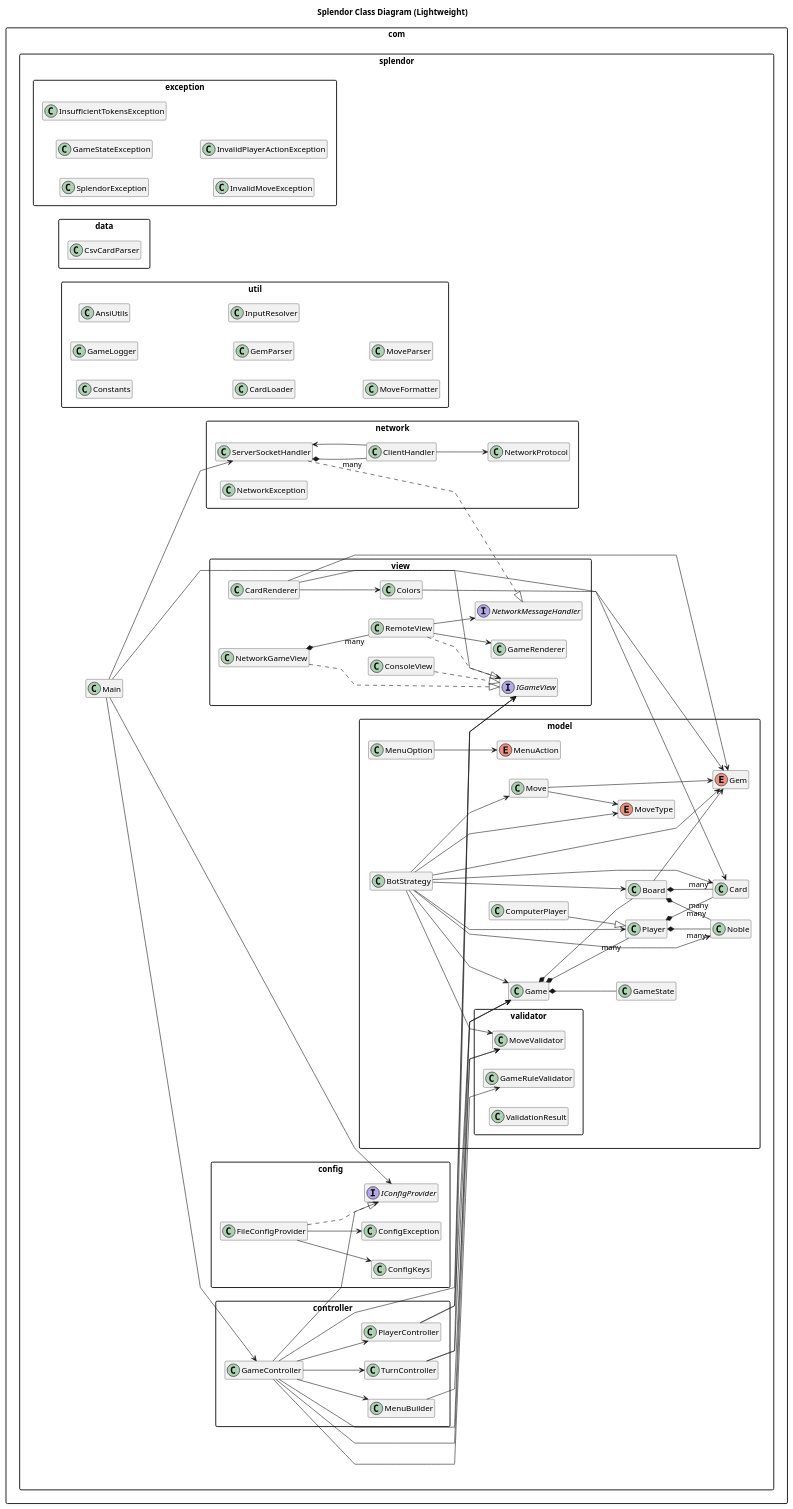
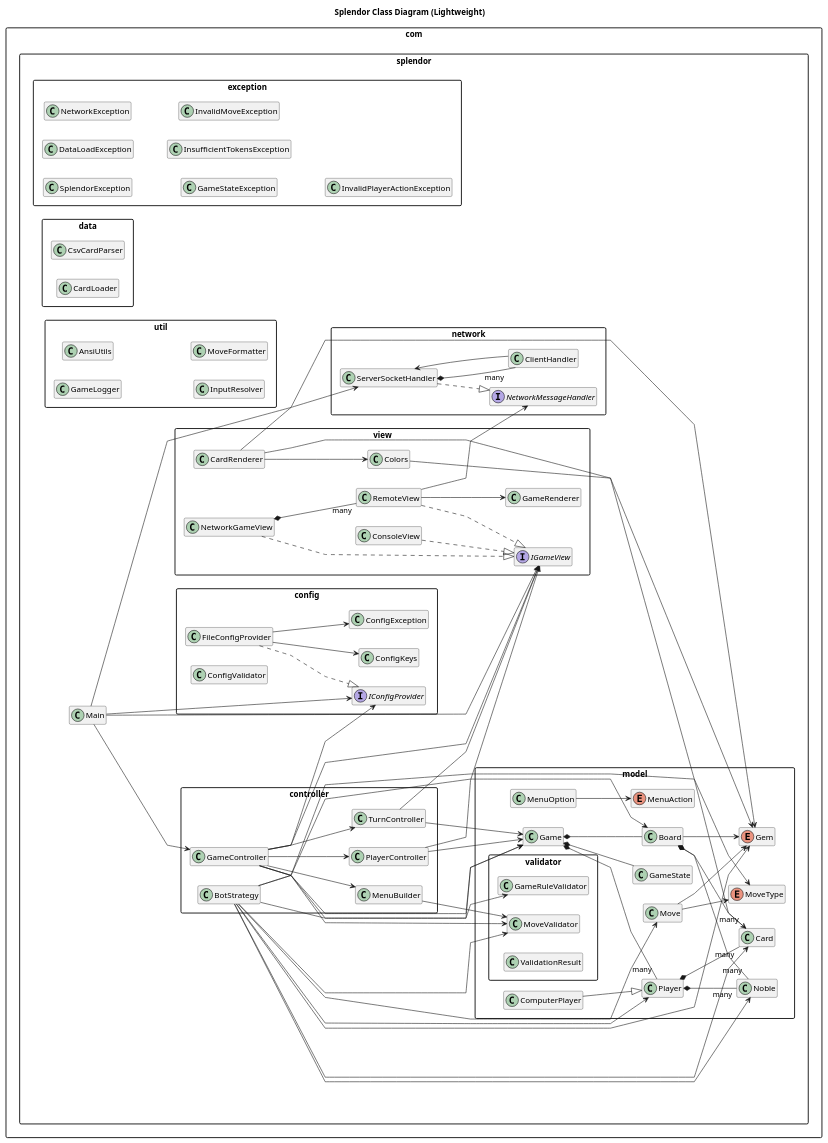
One commit to bryanseah234/playsplendor changed the diagram in docs/diagrams/splendor-class-light.puml. Above: the diagram before and after it, drawn with PlantUML. The commit also changed 193 other files, not shown here.

```diff
--- a/docs/diagrams/splendor-class-light.puml
+++ b/docs/diagrams/splendor-class-light.puml
@@ -1,162 +1,159 @@
 @startuml splendor_class_light
 
 title Splendor Class Diagram (Lightweight)
 
 left to right direction
 skinparam classAttributeIconSize 0
 skinparam shadowing false
 skinparam linetype polyline
 skinparam packageStyle rectangle
 skinparam monochrome false
 hide empty members
 
 package "com.splendor" {
   class Main
 }
 
 package "com.splendor.config" {
   interface IConfigProvider
   class FileConfigProvider
   class ConfigKeys
+  class ConfigValidator
   class ConfigException
 }
 
 package "com.splendor.exception" {
   class SplendorException
+  class DataLoadException
+  class NetworkException
   class GameStateException
   class InsufficientTokensException
   class InvalidMoveException
   class InvalidPlayerActionException
 }
 
 package "com.splendor.controller" {
   class GameController
   class TurnController
   class PlayerController
   class MenuBuilder
+  class BotStrategy
 }
 
 package "com.splendor.model" {
   class Game
   class Board
   class Player
   class ComputerPlayer
   class Card
   class Noble
   class Move
   class GameState
   enum Gem
   enum MoveType
   enum MenuAction
   class MenuOption
-  class BotStrategy
 }
 
 package "com.splendor.data" {
   class CsvCardParser
+  class CardLoader
 }
 
 package "com.splendor.model.validator" {
   class MoveValidator
   class GameRuleValidator
   class ValidationResult
 }
 
 package "com.splendor.view" {
   interface IGameView
   class Colors
   class CardRenderer
   class ConsoleView
   class NetworkGameView
   class RemoteView
-  interface NetworkMessageHandler
   class GameRenderer
 }
 
 package "com.splendor.network" {
   class ServerSocketHandler
   class ClientHandler
-  class NetworkProtocol
-  class NetworkException
+  interface NetworkMessageHandler
 }
 
 package "com.splendor.util" {
-  class Constants
   class GameLogger
   class AnsiUtils
-  class CardLoader
-  class GemParser
   class InputResolver
   class MoveFormatter
-  class MoveParser
 }
 
 ' Core inheritance / interfaces
 FileConfigProvider ..|> IConfigProvider
 FileConfigProvider --> ConfigKeys
 FileConfigProvider --> ConfigException
 ComputerPlayer --|> Player
 ConsoleView ..|> IGameView
 NetworkGameView ..|> IGameView
 RemoteView ..|> IGameView
 ServerSocketHandler ..|> NetworkMessageHandler
 
 ' Core model composition
 Game *-- Board
 Game *-- "many" Player
 Game *-- GameState
 Board *-- "many" Card
 Board *-- "many" Noble
 Player *-- "many" Card
 Player *-- "many" Noble
 Move --> MoveType
 Move --> Gem
 MenuOption --> MenuAction
 Board --> Gem
 BotStrategy --> Player
 BotStrategy --> Game
 BotStrategy --> Board
 BotStrategy --> Move
 BotStrategy --> Gem
 BotStrategy --> Card
 BotStrategy --> MoveType
 BotStrategy --> Noble
 BotStrategy --> MoveValidator
 
 ' Controller dependencies
 GameController --> IGameView
 GameController --> IConfigProvider
 GameController --> Game
 GameController --> MoveValidator
 GameController --> GameRuleValidator
 GameController --> TurnController
 GameController --> PlayerController
 GameController --> MenuBuilder
 
 TurnController --> Game
 TurnController --> IGameView
 PlayerController --> Game
 PlayerController --> IGameView
 MenuBuilder --> MoveValidator
 
 ' View/network wiring
 NetworkGameView *-- "many" RemoteView
 RemoteView --> GameRenderer
 RemoteView --> NetworkMessageHandler
 Colors --> Gem
 CardRenderer --> Card
 CardRenderer --> Gem
 CardRenderer --> Colors
 
 ' App entry wiring
 Main --> GameController
 Main --> IConfigProvider
 Main --> IGameView
 Main --> ServerSocketHandler
 
 ' Network internals (high level)
 ServerSocketHandler *-- "many" ClientHandler
 ClientHandler --> ServerSocketHandler
-ClientHandler --> NetworkProtocol
 
 @enduml
```
